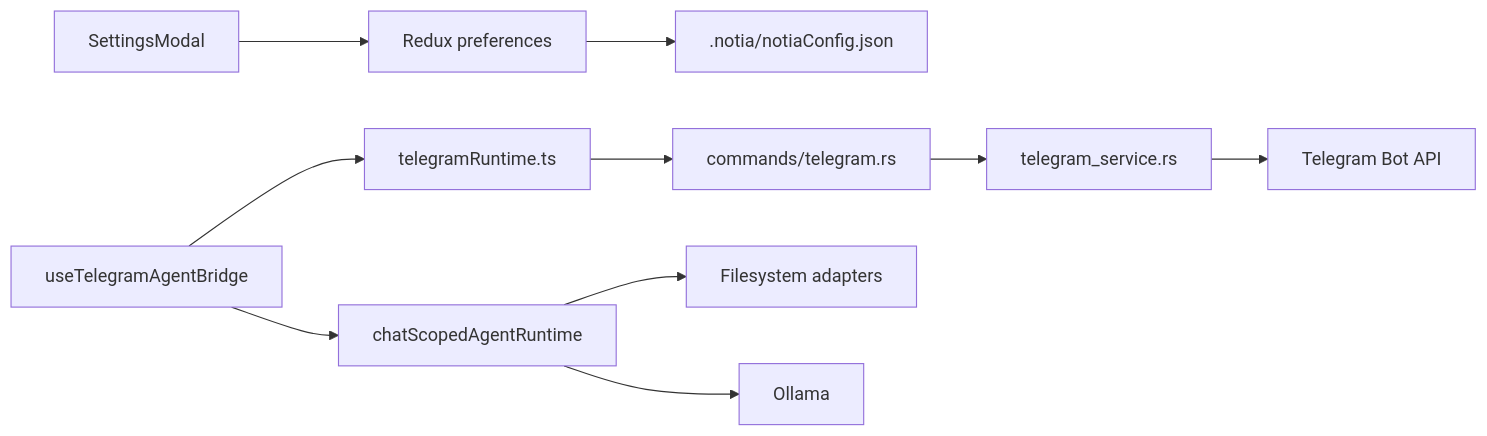
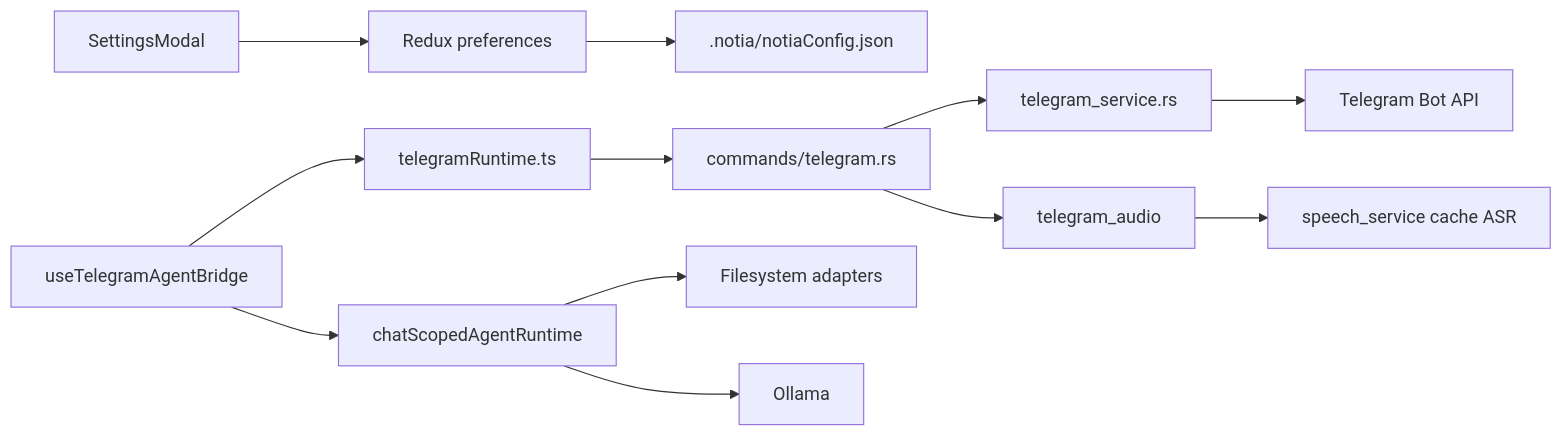
Diagram 54 of 55 in README-TECH.md (GabrielMiuzzi/notia), drawn with Mermaid before and after one commit. The commit also changed other lines of this file and 37 other files, not shown here.

````diff
--- a/README-TECH.md
+++ b/README-TECH.md
@@ -3315,12 +3387,14 @@
 ```mermaid
 flowchart LR
     Settings[SettingsModal] --> Preferences[Redux preferences]
     Preferences --> Config[.notia/notiaConfig.json]
     Bridge[useTelegramAgentBridge] --> TelegramRuntime[telegramRuntime.ts]
     TelegramRuntime --> Commands[commands/telegram.rs]
     Commands --> Service[telegram_service.rs]
     Service --> API[Telegram Bot API]
+    Commands --> Audio[telegram_audio]
+    Audio --> Speech[speech_service cache ASR]
     Bridge --> Agent[chatScopedAgentRuntime]
     Agent --> Filesystem[Filesystem adapters]
     Agent --> Ollama[Ollama]
 ```
````
